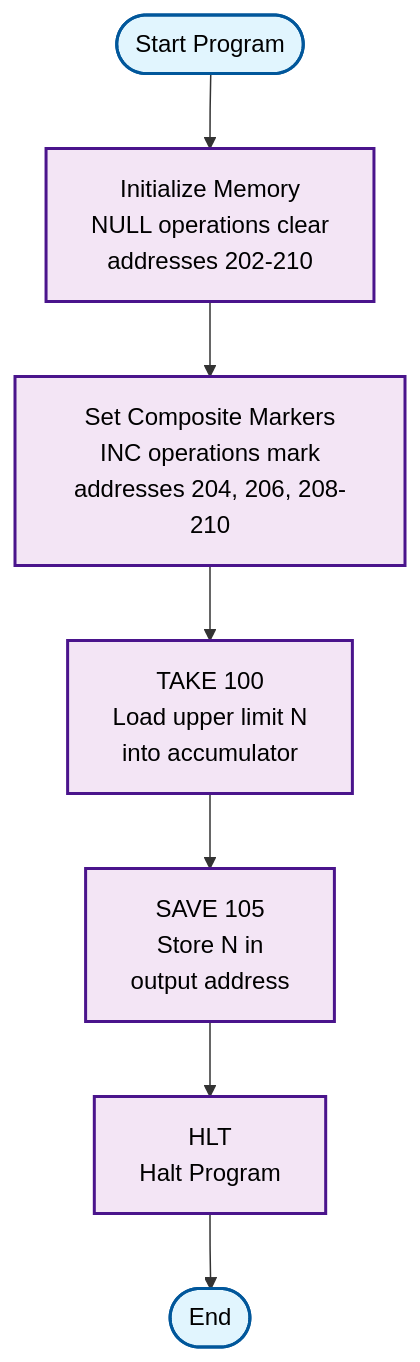
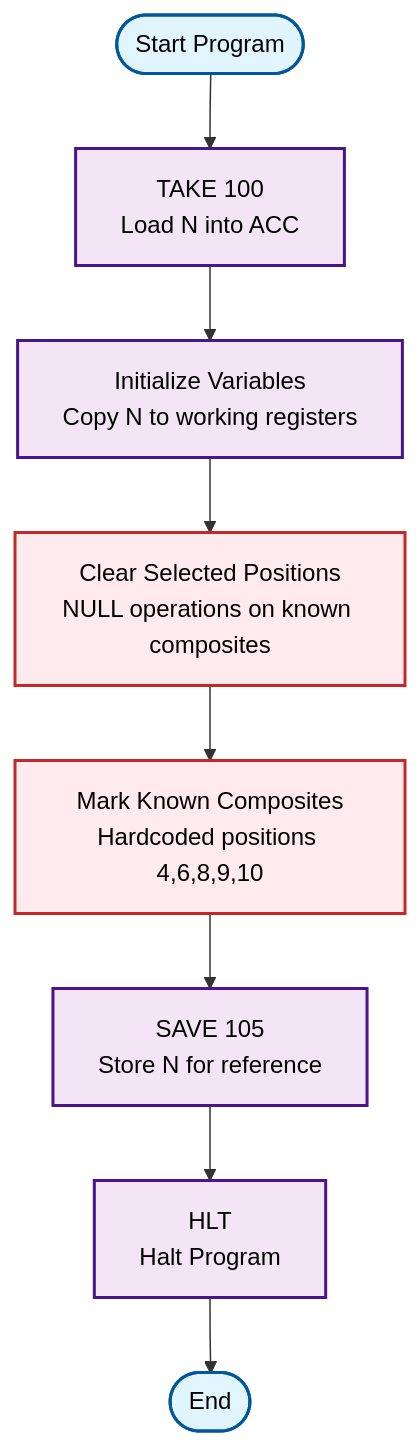
Before and after one commit to michaelbeutler/johny-simulator: the second of 2 diagrams in scripts/sieve.md, drawn with Mermaid. The commit also changed other lines of this file and 3 other files, not shown here.

````diff
--- a/scripts/sieve.md
+++ b/scripts/sieve.md
@@ -66,23 +109,19 @@
 ```mermaid
 flowchart TD
-    Start([Start Program]) --> Init[Initialize Memory<br/>NULL operations clear<br/>addresses 202-210]
+    Start(["Start Program"]) --> LoadN["TAKE 100<br/>Load N into ACC"]
+    LoadN --> SetVars["Initialize Variables<br/>Copy N to working registers"]
+    SetVars --> ClearSome["Clear Selected Positions<br/>NULL operations on known composites"]
+    ClearSome --> MarkSome["Mark Known Composites<br/>Hardcoded positions 4,6,8,9,10"]
+    MarkSome --> StoreResult["SAVE 105<br/>Store N for reference"]
+    StoreResult --> Halt["HLT<br/>Halt Program"]
+    Halt --> End(["End"])
     
-    Init --> SetMarkers[Set Composite Markers<br/>INC operations mark<br/>addresses 204, 206, 208-210]
-    
-    SetMarkers --> LoadN[TAKE 100<br/>Load upper limit N<br/>into accumulator]
-    
-    LoadN --> SaveResult[SAVE 105<br/>Store N in<br/>output address]
-    
-    SaveResult --> Halt[HLT<br/>Halt Program]
-    
-    Halt --> End([End])
-    
-    %% Styling for UML 2.0 compliance
+    %% Styling
     classDef startEnd fill:#e1f5fe,stroke:#01579b,stroke-width:2px,color:#000
     classDef process fill:#f3e5f5,stroke:#4a148c,stroke-width:2px,color:#000
-    classDef decision fill:#fff3e0,stroke:#e65100,stroke-width:2px,color:#000
-    classDef data fill:#e8f5e8,stroke:#1b5e20,stroke-width:2px,color:#000
+    classDef limitation fill:#ffebee,stroke:#c62828,stroke-width:2px,color:#000
     
     class Start,End startEnd
-    class Init,SetMarkers,LoadN,SaveResult,Halt process
+    class LoadN,SetVars,StoreResult,Halt process
+    class ClearSome,MarkSome limitation
 ```
````
